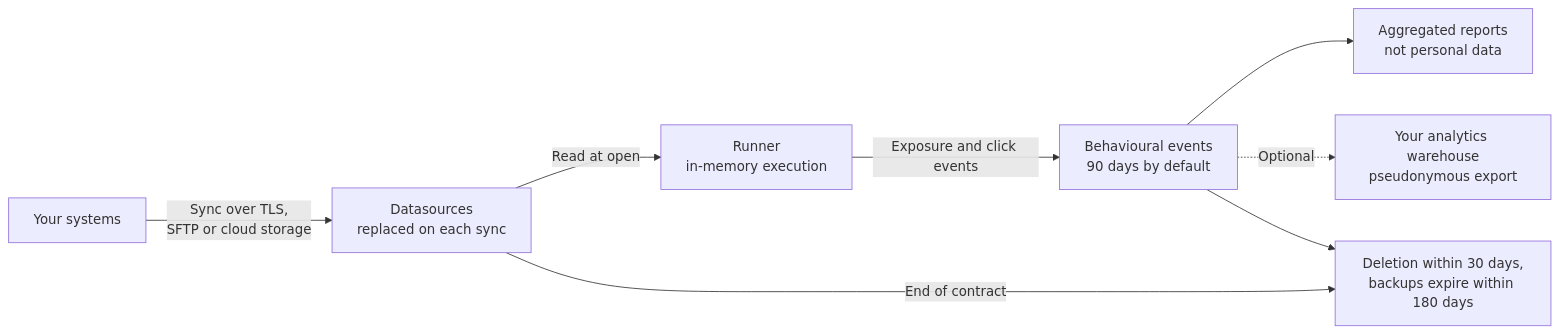
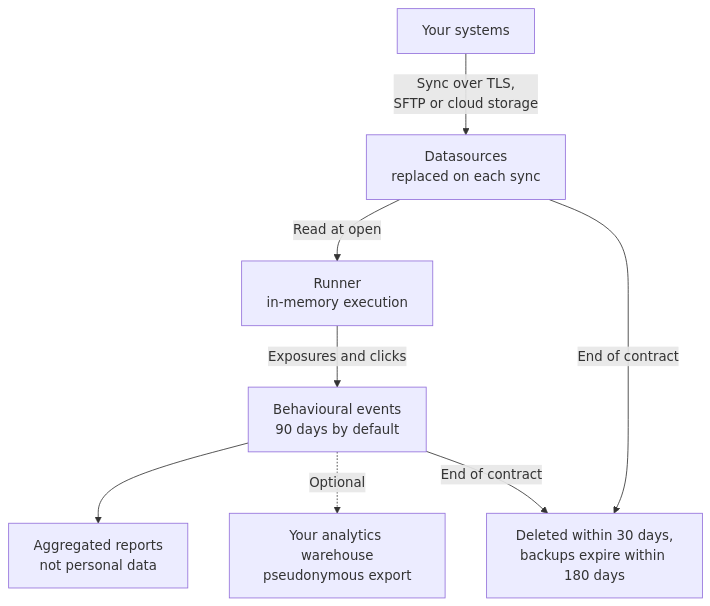
The diagram in why-reelevant/data-protection/processing-details.mdx (reelevant-tech/product-documentation), drawn with Mermaid before and after one commit. The commit also changed 3 other files, not shown here.

Commit message:
docs(why-reelevant): make DPO diagrams vertical and shorten labels for readability

````diff
--- a/why-reelevant/data-protection/processing-details.mdx
+++ b/why-reelevant/data-protection/processing-details.mdx
@@ -11,10 +11,9 @@
 ```mermaid
-flowchart LR
+flowchart TB
     SRC["Your systems"] -->|"Sync over TLS,<br/>SFTP or cloud storage"| DS["Datasources<br/>replaced on each sync"]
     DS -->|"Read at open"| RUN["Runner<br/>in-memory execution"]
-    RUN -->|"Exposure and click events"| EV["Behavioural events<br/>90 days by default"]
+    RUN -->|"Exposures and clicks"| EV["Behavioural events<br/>90 days by default"]
     EV --> AGG["Aggregated reports<br/>not personal data"]
     EV -.->|"Optional"| WH["Your analytics warehouse<br/>pseudonymous export"]
-    DS -->|"End of contract"| DEL["Deletion within 30 days,<br/>backups expire within 180 days"]
-    EV --> DEL
+    DS & EV -->|"End of contract"| DEL["Deleted within 30 days,<br/>backups expire within 180 days"]
 ```
````
